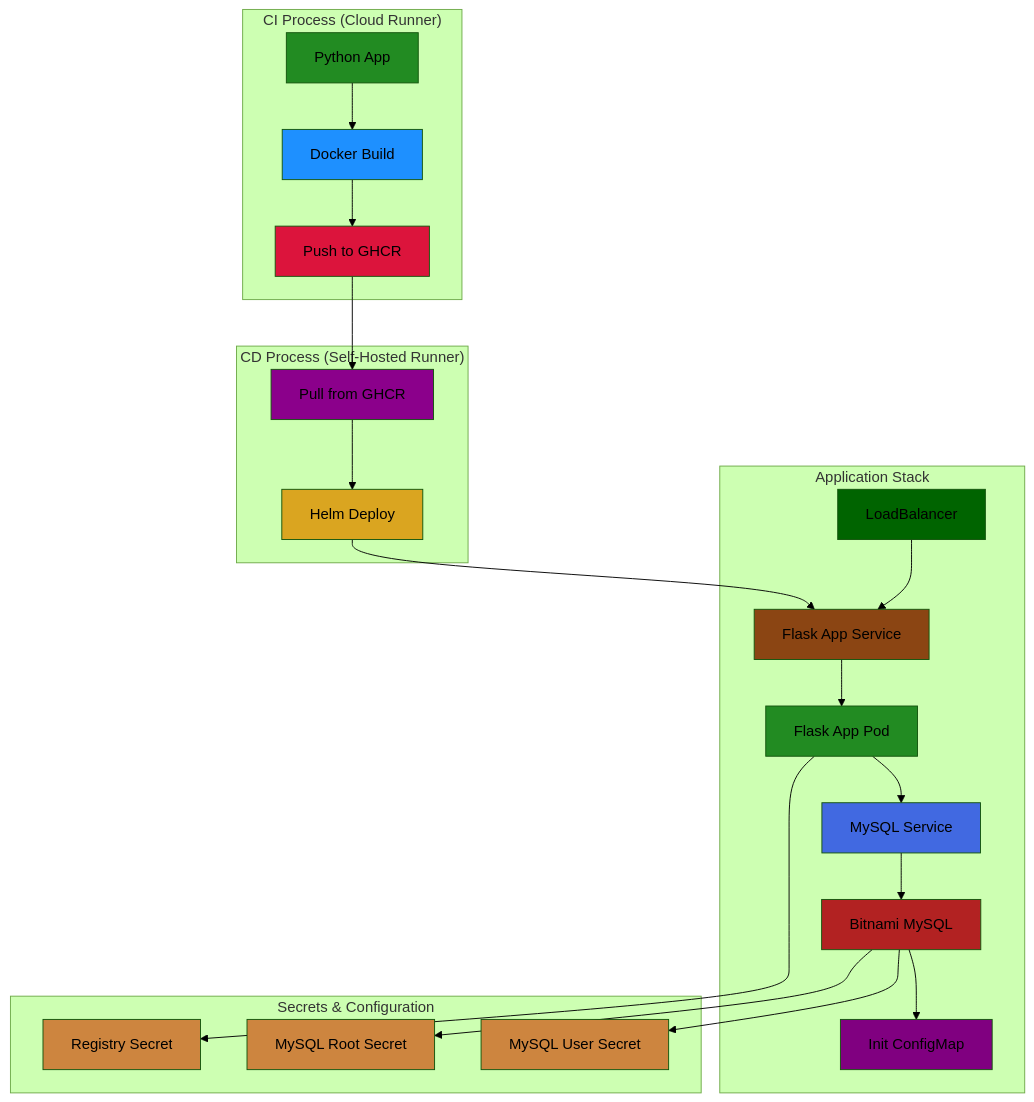
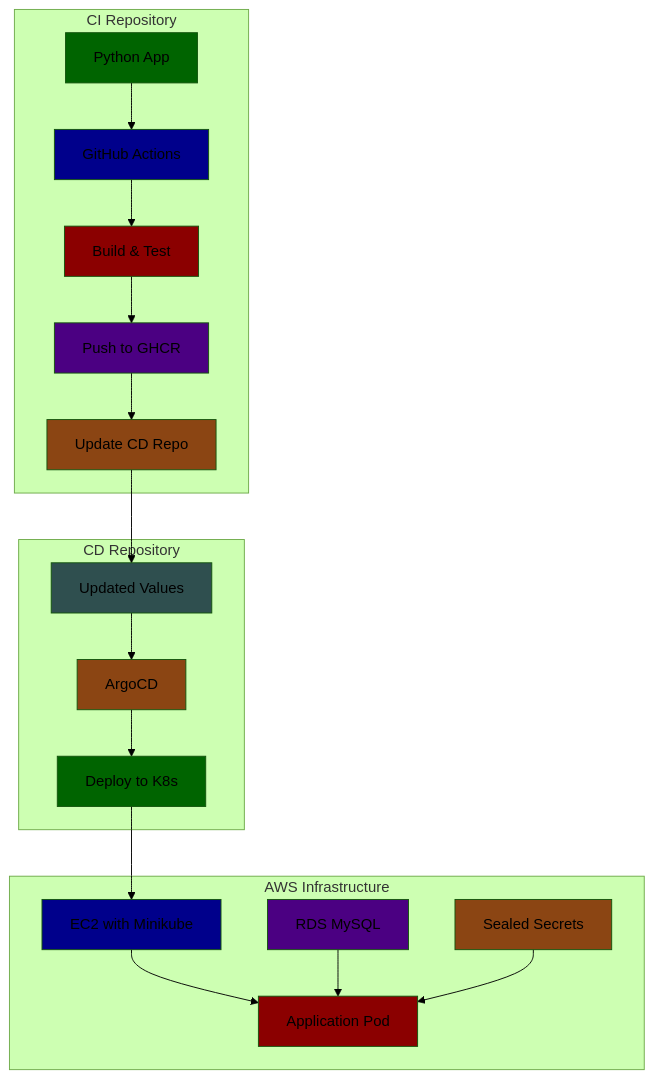
One commit to dvirmoyal/world-of-game changed the first of 2 diagrams in README.md. Above: the diagram before and after it, drawn with Mermaid (forest theme). The commit also changed other lines of this file and 12 other files, not shown here.

````diff
--- a/README.md
+++ b/README.md
@@ -46,41 +26,35 @@
 ```mermaid
 graph TB
-    subgraph "CI Process (Cloud Runner)"
-        A[Python App] --> B[Docker Build]
-        B --> C[Push to GHCR]
-        style A fill:#228B22
-        style B fill:#1E90FF
-        style C fill:#DC143C
+    subgraph "CI Repository"
+        A[Python App] --> B[GitHub Actions]
+        B --> C[Build & Test]
+        C --> D[Push to GHCR]
+        D --> E[Update CD Repo]
+        style A fill:#006400
+        style B fill:#00008B
+        style C fill:#8B0000
+        style D fill:#4B0082
+        style E fill:#8B4513
     end
-    subgraph "CD Process (Self-Hosted Runner)"
-        D[Pull from GHCR] --> E[Helm Deploy]
-        style D fill:#8B008B
-        style E fill:#DAA520
+    
+    subgraph "CD Repository"
+        F[Updated Values] --> G[ArgoCD]
+        G --> H[Deploy to K8s]
+        style F fill:#2F4F4F
+        style G fill:#8B4513
+        style H fill:#006400
     end
-    subgraph "Application Stack"
-        F[LoadBalancer] --> G[Flask App Service]
-        G --> H[Flask App Pod]
-        H --> I[MySQL Service]
-        I --> J[Bitnami MySQL]
-        J --> K[Init ConfigMap]
-        style F fill:#006400
-        style G fill:#8B4513
-        style H fill:#228B22
-        style I fill:#4169E1
-        style J fill:#B22222
-        style K fill:#800080
+    
+    subgraph "AWS Infrastructure"
+        I[EC2 with Minikube] --> J[Application Pod]
+        K[RDS MySQL] --> J
+        L[Sealed Secrets] --> J
+        style I fill:#00008B
+        style J fill:#8B0000
+        style K fill:#4B0082
+        style L fill:#8B4513
     end
-    subgraph "Secrets & Configuration"
-        L[Registry Secret]
-        M[MySQL Root Secret]
-        N[MySQL User Secret]
-        style L fill:#CD853F
-        style M fill:#CD853F
-        style N fill:#CD853F
-    end
-    C --> D
-    E --> G
-    H --> L
-    J --> M
-    J --> N
+    
+    E --> F
+    H --> I
 ```
````
